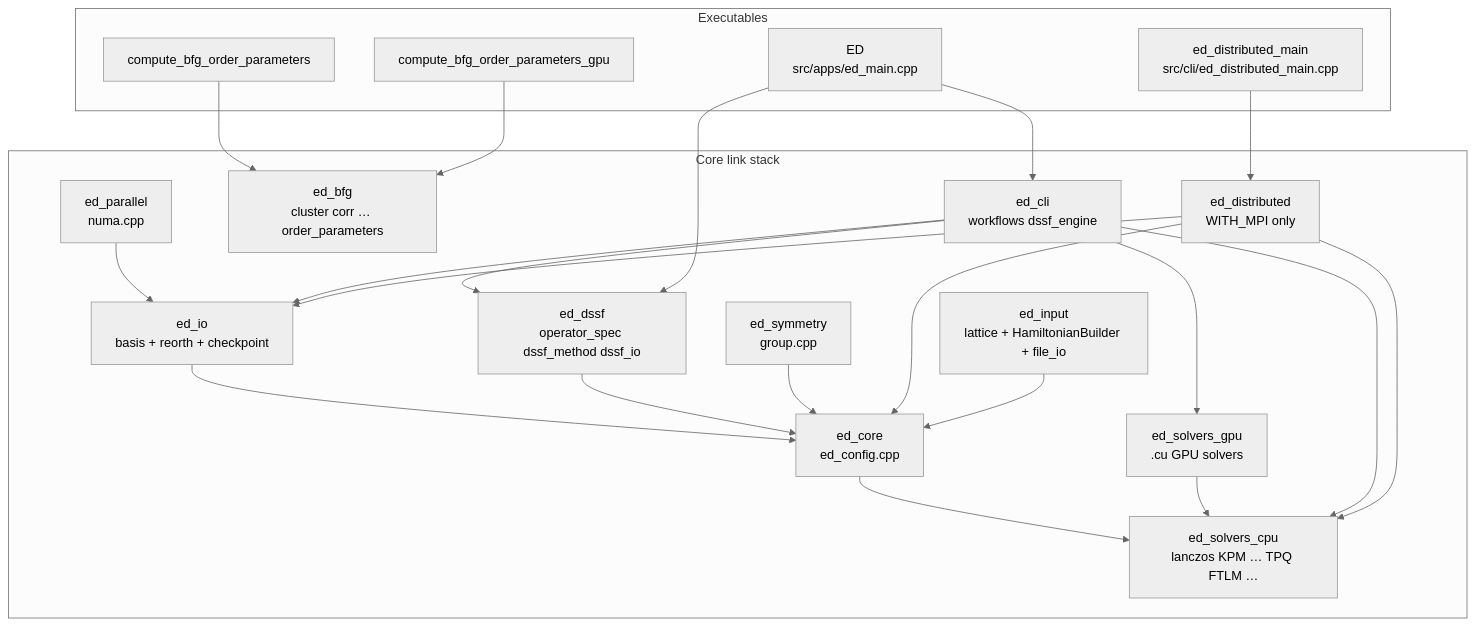
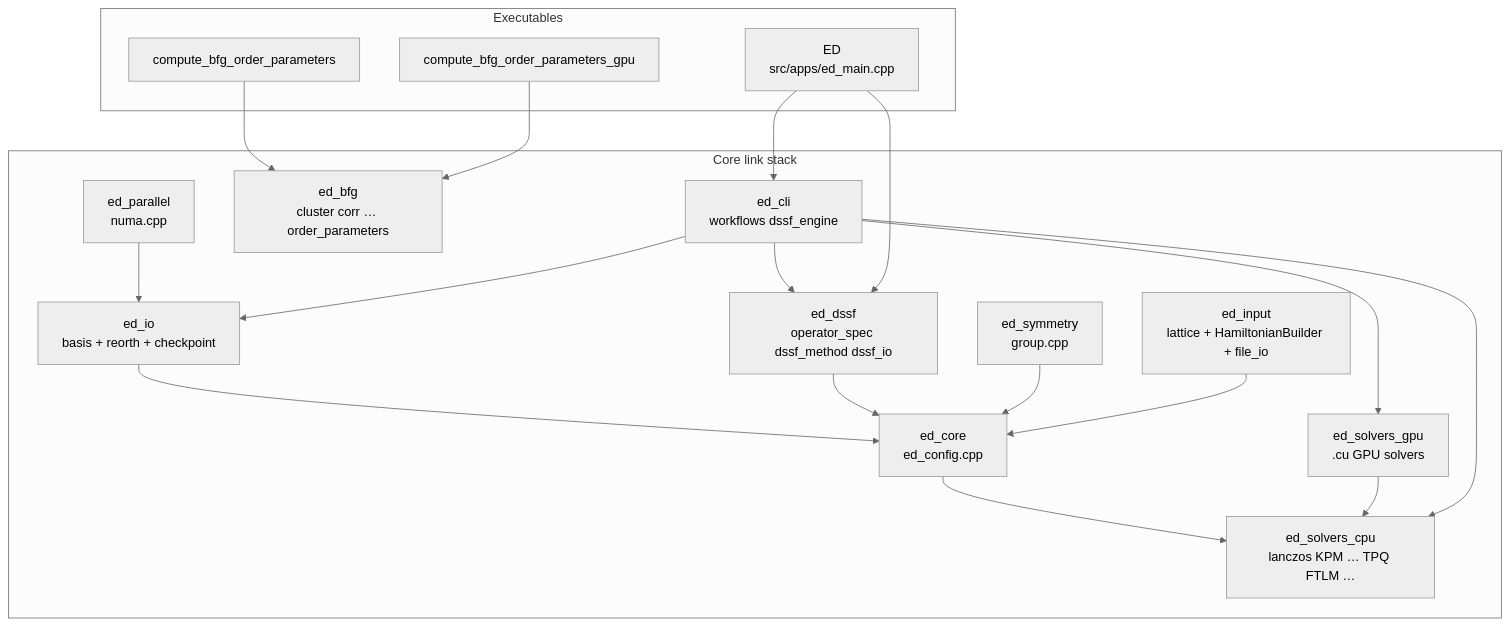
The first of 3 diagrams in docs/architecture/CODEMAP.md (ze-bang/QED), drawn with Mermaid (neutral theme) before and after one commit. The commit also changed other lines of this file and 71 other files, not shown here.

````diff
--- a/docs/architecture/CODEMAP.md
+++ b/docs/architecture/CODEMAP.md
@@ -31,42 +31,36 @@
 ```mermaid
 flowchart TB
   subgraph exe [Executables]
     ED["ED<br/>src/apps/ed_main.cpp"]
-    EDM["ed_distributed_main<br/>src/cli/ed_distributed_main.cpp"]
     BFG["compute_bfg_order_parameters"]
     BFGG["compute_bfg_order_parameters_gpu"]
   end
 
   subgraph corestack [Core link stack]
     ep["ed_parallel<br/>numa.cpp"]
     eio["ed_io<br/>basis + reorth + checkpoint"]
     ec["ed_core<br/>ed_config.cpp"]
     esc["ed_solvers_cpu<br/>lanczos KPM … TPQ FTLM …"]
     esg["ed_solvers_gpu<br/>.cu GPU solvers"]
     edssf["ed_dssf<br/>operator_spec dssf_method dssf_io"]
     esym["ed_symmetry<br/>group.cpp"]
     ebfg["ed_bfg<br/>cluster corr … order_parameters"]
     ecli["ed_cli<br/>workflows dssf_engine"]
-    edist["ed_distributed<br/>WITH_MPI only"]
     einp["ed_input<br/>lattice + HamiltonianBuilder + file_io"]
   end
 
   ep --> eio --> ec --> esc
   esg --> esc
   edssf --> ec
   esym --> ec
   ecli --> esc
   ecli --> edssf
   ecli --> eio
   ecli --> esg
-  edist --> esc
-  edist --> eio
-  edist --> ec
   einp --> ec
 
   ED --> ecli
   ED --> edssf
-  EDM --> edist
   BFG --> ebfg
   BFGG --> ebfg
 ```
````
